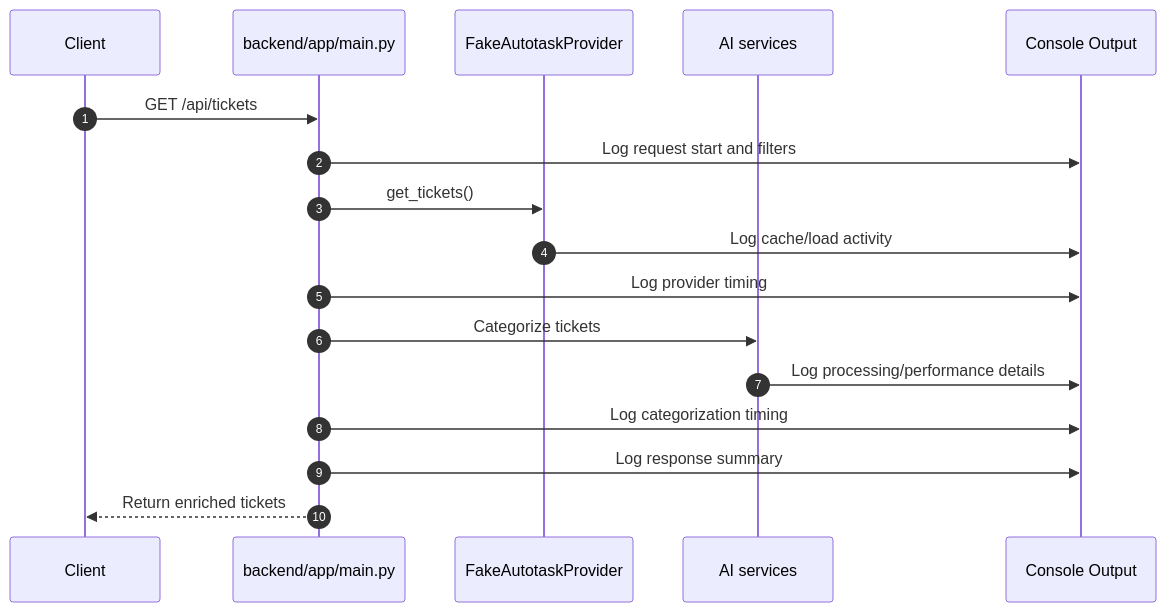
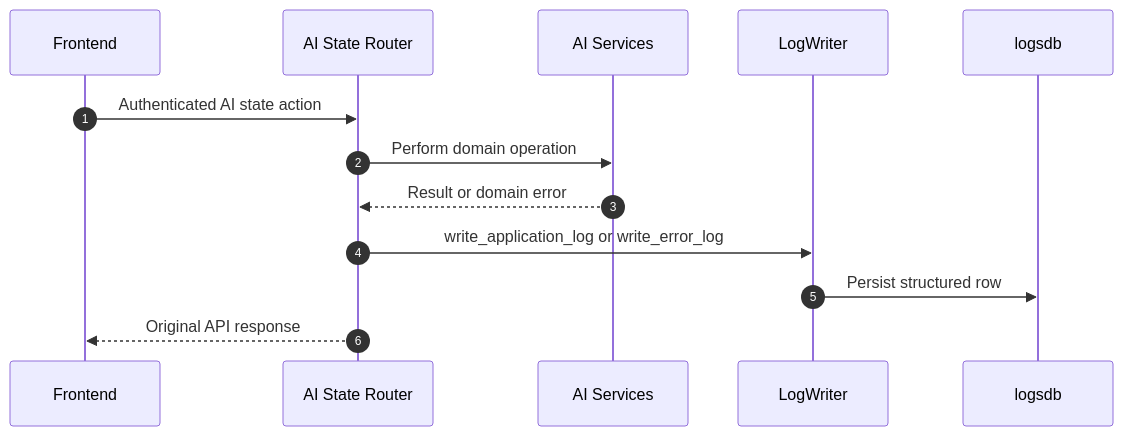
Before and after one commit to Plymouth-University/comp2003-2025-2026-team-3: the fourth of 7 diagrams in docs/services/logging-system/flows.md, drawn with Mermaid. The commit also changed other lines of this file and 5 other files, not shown here.

````diff
--- a/docs/services/logging-system/flows.md
+++ b/docs/services/logging-system/flows.md
@@ -19,20 +181,16 @@
 ```mermaid
 sequenceDiagram
   autonumber
-  participant Client
-  participant API as backend/app/main.py
-  participant Provider as FakeAutotaskProvider
-  participant AI as AI services
-  participant Console as Console Output
+  participant FE as Frontend
+  participant API as AI State Router
+  participant Service as AI Services
+  participant LW as LogWriter
+  participant DB as logsdb
 
-  Client->>API: GET /api/tickets
-  API->>Console: Log request start and filters
-  API->>Provider: get_tickets()
-  Provider->>Console: Log cache/load activity
-  API->>Console: Log provider timing
-  API->>AI: Categorize tickets
-  AI->>Console: Log processing/performance details
-  API->>Console: Log categorization timing
-  API->>Console: Log response summary
-  API-->>Client: Return enriched tickets
+  FE->>API: Authenticated AI state action
+  API->>Service: Perform domain operation
+  Service-->>API: Result or domain error
+  API->>LW: write_application_log or write_error_log
+  LW->>DB: Persist structured row
+  API-->>FE: Original API response
 ```
````
